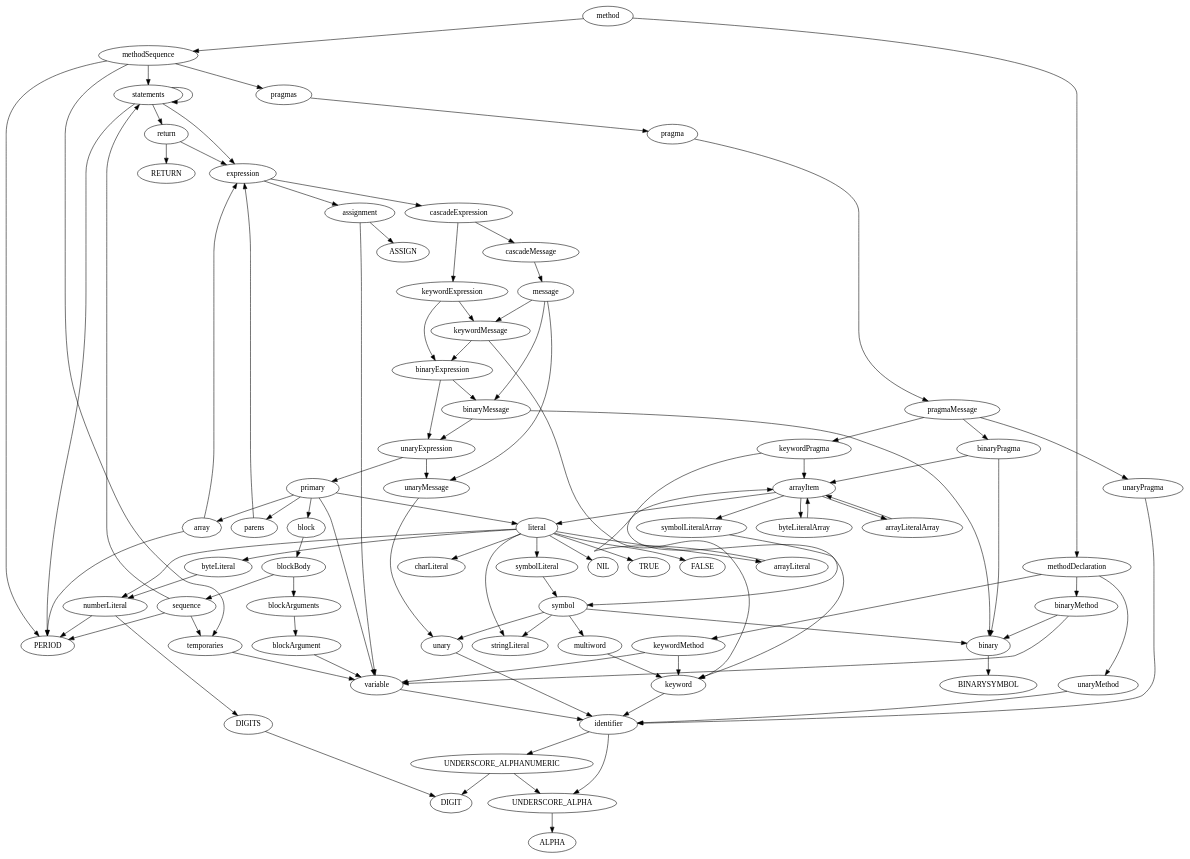
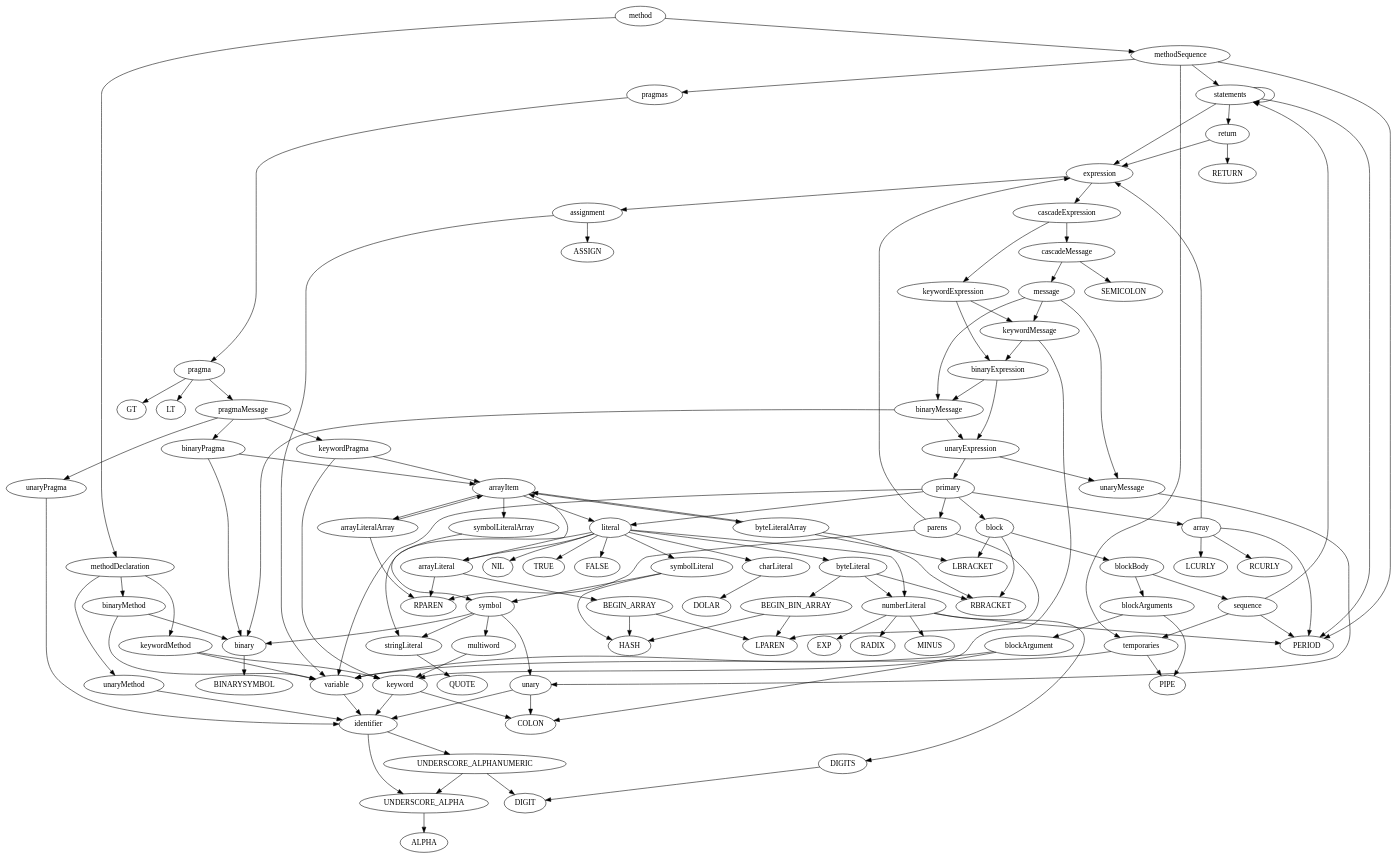
The diagram in Pharo.dot (Uko/Pharo-grammar), drawn with Graphviz before and after one commit. The commit also changed 1 other file, not shown here.

```diff
--- a/Pharo.dot
+++ b/Pharo.dot
@@ -1,106 +1,137 @@
 digraph {
 method -> methodDeclaration;
 methodDeclaration -> keywordMethod;
 keywordMethod -> keyword;
 keyword -> identifier;
 identifier -> UNDERSCORE_ALPHA;
 UNDERSCORE_ALPHA -> ALPHA;
 identifier -> UNDERSCORE_ALPHANUMERIC;
 UNDERSCORE_ALPHANUMERIC -> UNDERSCORE_ALPHA;
 UNDERSCORE_ALPHANUMERIC -> DIGIT;
+keyword -> COLON;
 keywordMethod -> variable;
 variable -> identifier;
 methodDeclaration -> unaryMethod;
 unaryMethod -> identifier;
 methodDeclaration -> binaryMethod;
 binaryMethod -> binary;
 binary -> BINARYSYMBOL;
 binaryMethod -> variable;
 method -> methodSequence;
 methodSequence -> PERIOD;
 methodSequence -> pragmas;
 pragmas -> pragma;
+pragma -> LT;
 pragma -> pragmaMessage;
 pragmaMessage -> keywordPragma;
 keywordPragma -> keyword;
 keywordPragma -> arrayItem;
 arrayItem -> literal;
 literal -> numberLiteral;
 numberLiteral -> DIGITS;
 DIGITS -> DIGIT;
+numberLiteral -> RADIX;
+numberLiteral -> MINUS;
 numberLiteral -> PERIOD;
+numberLiteral -> EXP;
 literal -> stringLiteral;
+stringLiteral -> QUOTE;
 literal -> charLiteral;
+charLiteral -> DOLAR;
 literal -> arrayLiteral;
+arrayLiteral -> BEGIN_ARRAY;
+BEGIN_ARRAY -> HASH;
+BEGIN_ARRAY -> LPAREN;
 arrayLiteral -> arrayItem;
+arrayLiteral -> RPAREN;
 literal -> byteLiteral;
+byteLiteral -> BEGIN_BIN_ARRAY;
+BEGIN_BIN_ARRAY -> HASH;
+BEGIN_BIN_ARRAY -> LPAREN;
 byteLiteral -> numberLiteral;
+byteLiteral -> RBRACKET;
 literal -> symbolLiteral;
+symbolLiteral -> HASH;
 symbolLiteral -> symbol;
 symbol -> unary;
 unary -> identifier;
+unary -> COLON;
 symbol -> binary;
 symbol -> multiword;
 multiword -> keyword;
 symbol -> stringLiteral;
 literal -> NIL;
 literal -> TRUE;
 literal -> FALSE;
 arrayItem -> symbolLiteralArray;
 symbolLiteralArray -> symbol;
 arrayItem -> arrayLiteralArray;
+arrayLiteralArray -> RPAREN;
 arrayLiteralArray -> arrayItem;
 arrayItem -> byteLiteralArray;
+byteLiteralArray -> LBRACKET;
 byteLiteralArray -> arrayItem;
+byteLiteralArray -> RBRACKET;
 pragmaMessage -> unaryPragma;
 unaryPragma -> identifier;
 pragmaMessage -> binaryPragma;
 binaryPragma -> binary;
 binaryPragma -> arrayItem;
+pragma -> GT;
 methodSequence -> temporaries;
+temporaries -> PIPE;
 temporaries -> variable;
 methodSequence -> statements;
 statements -> expression;
 expression -> assignment;
 assignment -> variable;
 assignment -> ASSIGN;
 expression -> cascadeExpression;
 cascadeExpression -> keywordExpression;
 keywordExpression -> binaryExpression;
 binaryExpression -> unaryExpression;
 unaryExpression -> primary;
 primary -> literal;
 primary -> variable;
 primary -> block;
+block -> LBRACKET;
 block -> blockBody;
 blockBody -> blockArguments;
 blockArguments -> blockArgument;
+blockArgument -> COLON;
 blockArgument -> variable;
+blockArguments -> PIPE;
 blockBody -> sequence;
 sequence -> temporaries;
 sequence -> PERIOD;
 sequence -> statements;
+block -> RBRACKET;
 primary -> parens;
+parens -> LPAREN;
 parens -> expression;
+parens -> RPAREN;
 primary -> array;
+array -> LCURLY;
 array -> expression;
 array -> PERIOD;
+array -> RCURLY;
 unaryExpression -> unaryMessage;
 unaryMessage -> unary;
 binaryExpression -> binaryMessage;
 binaryMessage -> binary;
 binaryMessage -> unaryExpression;
 keywordExpression -> keywordMessage;
 keywordMessage -> keyword;
 keywordMessage -> binaryExpression;
 cascadeExpression -> cascadeMessage;
+cascadeMessage -> SEMICOLON;
 cascadeMessage -> message;
 message -> keywordMessage;
 message -> binaryMessage;
 message -> unaryMessage;
 statements -> PERIOD;
 statements -> statements;
 statements -> return;
 return -> RETURN;
 return -> expression;
 }
```
